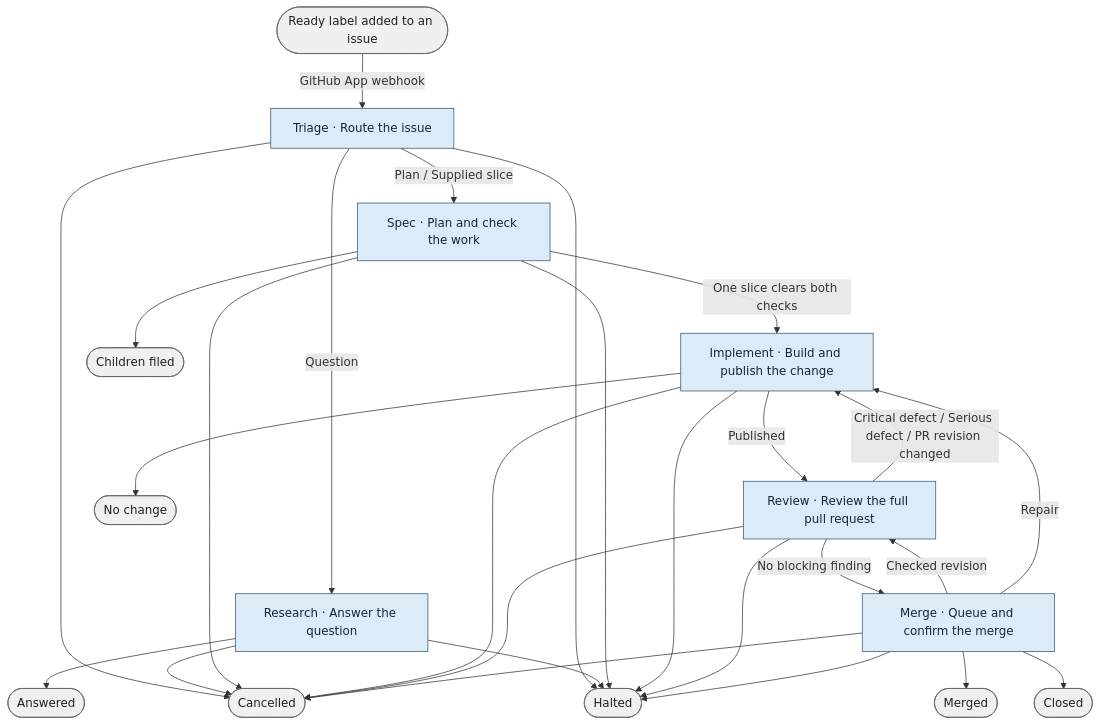
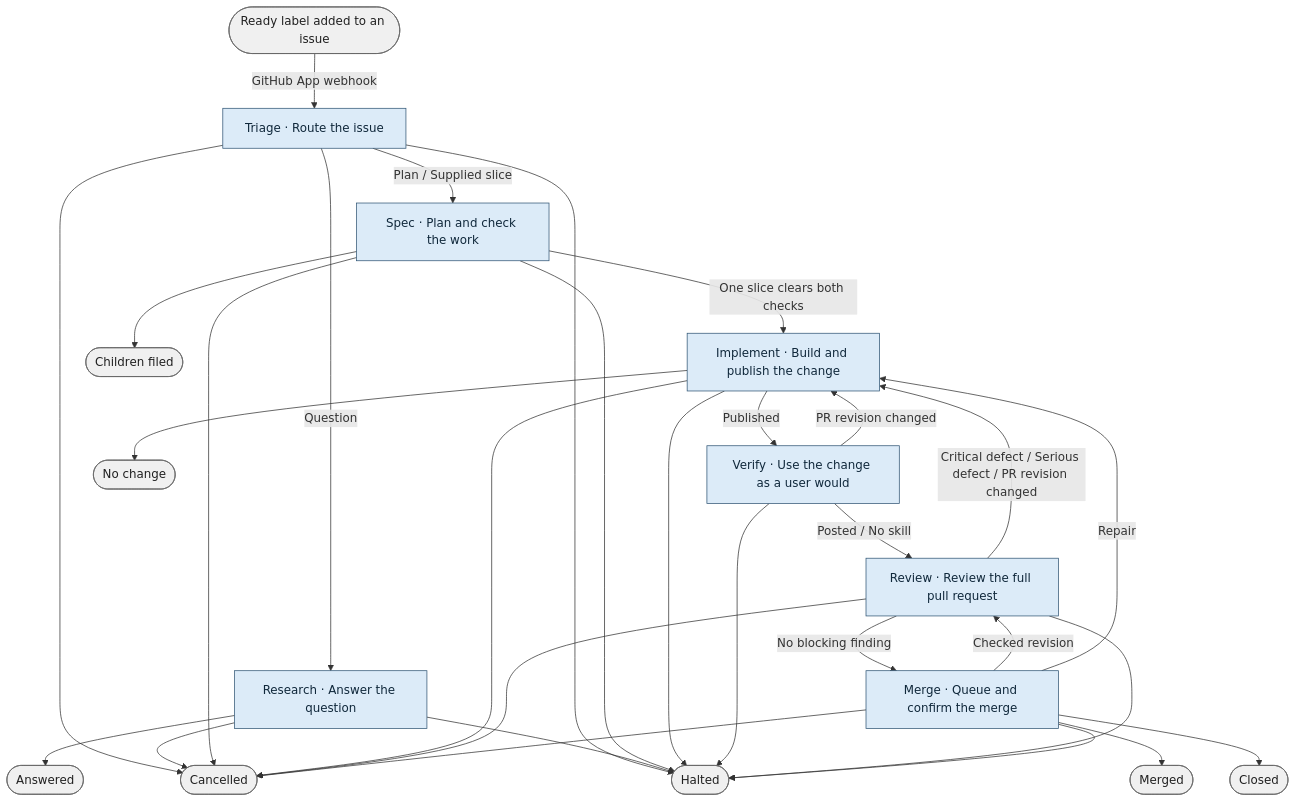
One commit to bookout-labs/tools changed the diagram in docs/graph/blueprint/views/target.mmd. Above: the diagram before and after it, drawn with Mermaid. The commit also changed 24 other files, not shown here.

First line of the commit message:
Draw the Verify stage: the verifier uses the change as a user would before review (D11) (#252)

```diff
--- a/docs/graph/blueprint/views/target.mmd
+++ b/docs/graph/blueprint/views/target.mmd
@@ -1,46 +1,50 @@
 flowchart TD
     n0(["Ready label added to an issue"]):::terminal
     n1["Triage · Route the issue"]:::stage
     n2["Research · Answer the question"]:::stage
     n3["Spec · Plan and check the work"]:::stage
     n4["Implement · Build and publish the change"]:::stage
-    n5["Review · Review the full pull request"]:::stage
-    n6["Merge · Queue and confirm the merge"]:::stage
-    n7(["Cancelled"]):::terminal
-    n8(["Halted"]):::terminal
-    n9(["Answered"]):::terminal
-    n10(["Children filed"]):::terminal
-    n11(["No change"]):::terminal
-    n12(["Merged"]):::terminal
-    n13(["Closed"]):::terminal
+    n5["Verify · Use the change as a user would"]:::stage
+    n6["Review · Review the full pull request"]:::stage
+    n7["Merge · Queue and confirm the merge"]:::stage
+    n8(["Cancelled"]):::terminal
+    n9(["Halted"]):::terminal
+    n10(["Answered"]):::terminal
+    n11(["Children filed"]):::terminal
+    n12(["No change"]):::terminal
+    n13(["Merged"]):::terminal
+    n14(["Closed"]):::terminal
     n0 -->|"GitHub App webhook"| n1
     n1 -->|"Question"| n2
     n1 -->|"Plan / Supplied slice"| n3
-    n1 --> n7
     n1 --> n8
+    n1 --> n9
+    n2 --> n10
+    n2 --> n8
     n2 --> n9
-    n2 --> n7
-    n2 --> n8
     n3 -->|"One slice clears both checks"| n4
-    n3 --> n10
-    n3 --> n7
+    n3 --> n11
     n3 --> n8
+    n3 --> n9
     n4 -->|"Published"| n5
-    n4 --> n11
-    n4 --> n7
+    n4 --> n12
     n4 --> n8
-    n5 -->|"Critical defect / Serious defect / PR revision changed"| n4
-    n5 -->|"No blocking finding"| n6
-    n5 --> n7
-    n5 --> n8
-    n6 --> n12
-    n6 --> n13
-    n6 -->|"Checked revision"| n5
-    n6 -->|"Repair"| n4
-    n6 --> n7
+    n4 --> n9
+    n5 -->|"Posted / No skill"| n6
+    n5 -->|"PR revision changed"| n4
+    n5 --> n9
+    n6 -->|"Critical defect / Serious defect / PR revision changed"| n4
+    n6 -->|"No blocking finding"| n7
     n6 --> n8
+    n6 --> n9
+    n7 --> n13
+    n7 --> n14
+    n7 -->|"Checked revision"| n6
+    n7 -->|"Repair"| n4
+    n7 --> n8
+    n7 --> n9
     classDef stage fill:#dcebf8,stroke:#315675,color:#10283b
     classDef step fill:#edf3f8,stroke:#597187,color:#132638
     classDef worker fill:#d7f0e8,stroke:#357369,color:#133c36
     classDef gate fill:#fff0c9,stroke:#89641f,color:#3f2b0b
     classDef terminal fill:#f0f0f0,stroke:#666666,color:#202020
```
